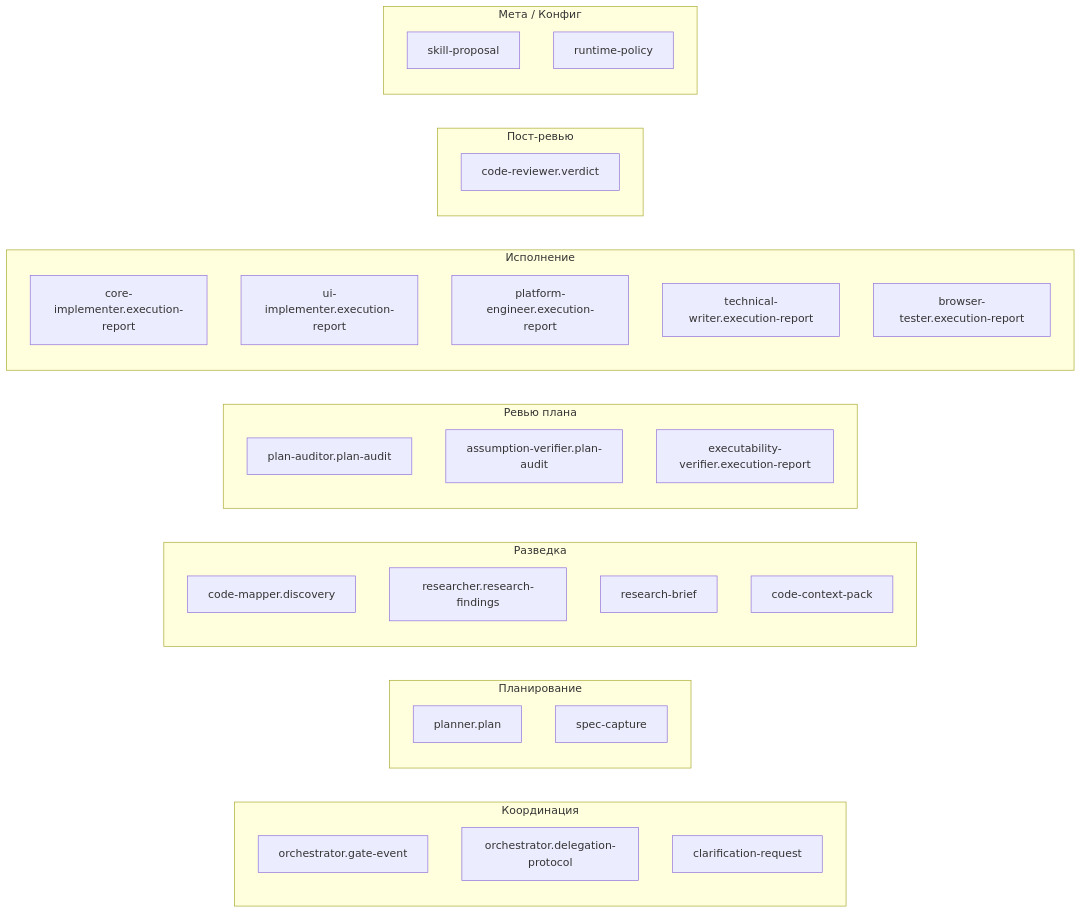
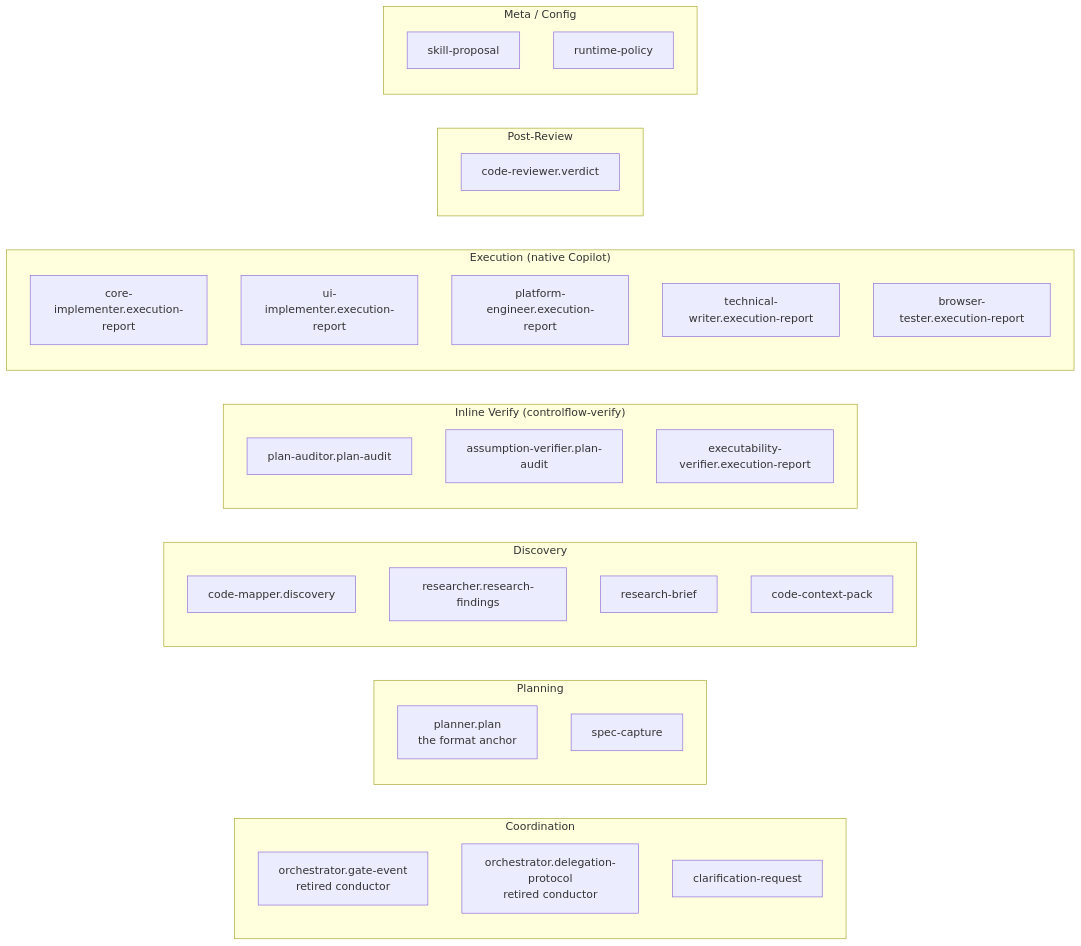
The diagram in docs/tutorial-ru/09-schemas.md (Smithbox-ai/ControlFlow), drawn with Mermaid before and after one commit. The commit also changed other lines of this file and 51 other files, not shown here.

````diff
--- a/docs/tutorial-ru/09-schemas.md
+++ b/docs/tutorial-ru/09-schemas.md
@@ -46,37 +48,37 @@
 ```mermaid
 flowchart LR
-    subgraph Coord["Координация"]
-        OG[orchestrator.gate-event]
-        OD[orchestrator.delegation-protocol]
+    subgraph Coord["Coordination"]
+        OG[orchestrator.gate-event<br/>retired conductor]
+        OD[orchestrator.delegation-protocol<br/>retired conductor]
         CL[clarification-request]
     end
-    subgraph Plan["Планирование"]
-        PL[planner.plan]
+    subgraph Plan["Planning"]
+        PL[planner.plan<br/>the format anchor]
         SC[spec-capture]
     end
-    subgraph Disc["Разведка"]
+    subgraph Disc["Discovery"]
         CM[code-mapper.discovery]
         RR[researcher.research-findings]
         RB[research-brief]
         CC[code-context-pack]
     end
-    subgraph Rev["Ревью плана"]
+    subgraph Rev["Inline Verify (controlflow-verify)"]
         PA[plan-auditor.plan-audit]
         AV[assumption-verifier.plan-audit]
         EV[executability-verifier.execution-report]
     end
-    subgraph Exec["Исполнение"]
+    subgraph Exec["Execution (native Copilot)"]
         CI[core-implementer.execution-report]
         UI[ui-implementer.execution-report]
         PE[platform-engineer.execution-report]
         TW[technical-writer.execution-report]
         BT[browser-tester.execution-report]
     end
-    subgraph PostRev["Пост-ревью"]
+    subgraph PostRev["Post-Review"]
         CR[code-reviewer.verdict]
     end
-    subgraph Meta["Мета / Конфиг"]
+    subgraph Meta["Meta / Config"]
         SP[skill-proposal]
         RP[runtime-policy]
     end
 ```
````
